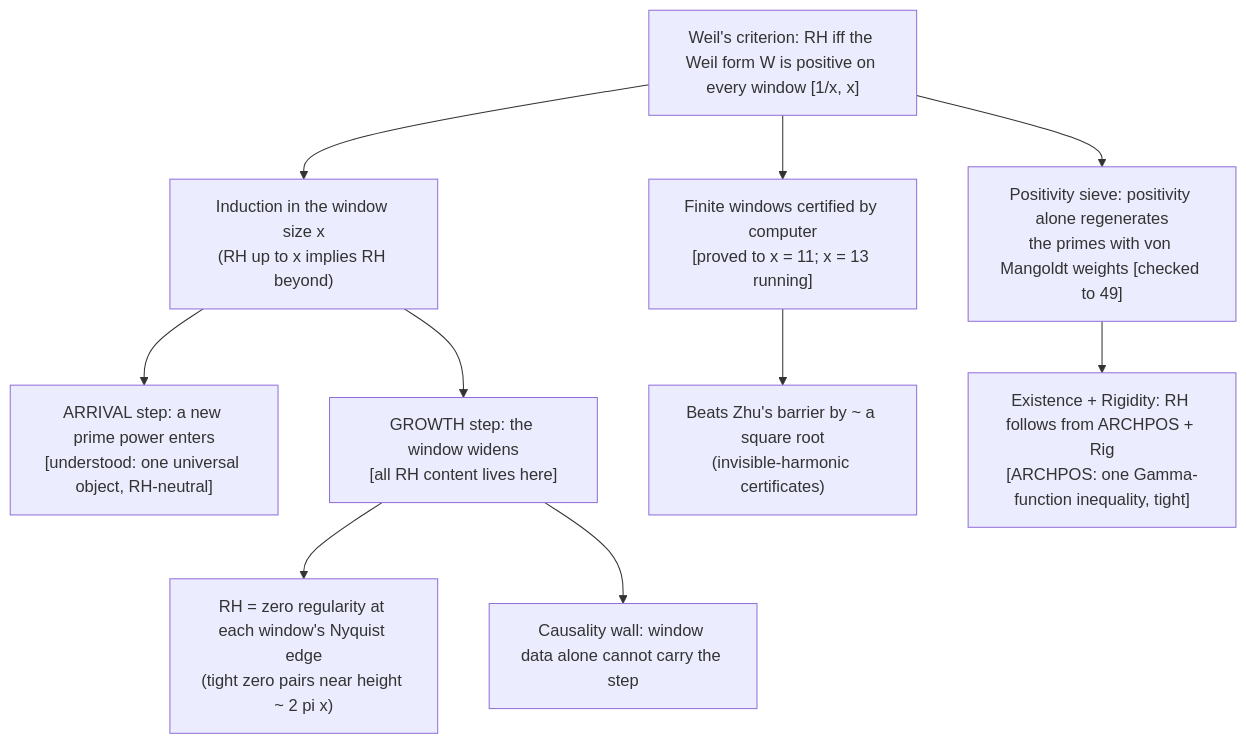
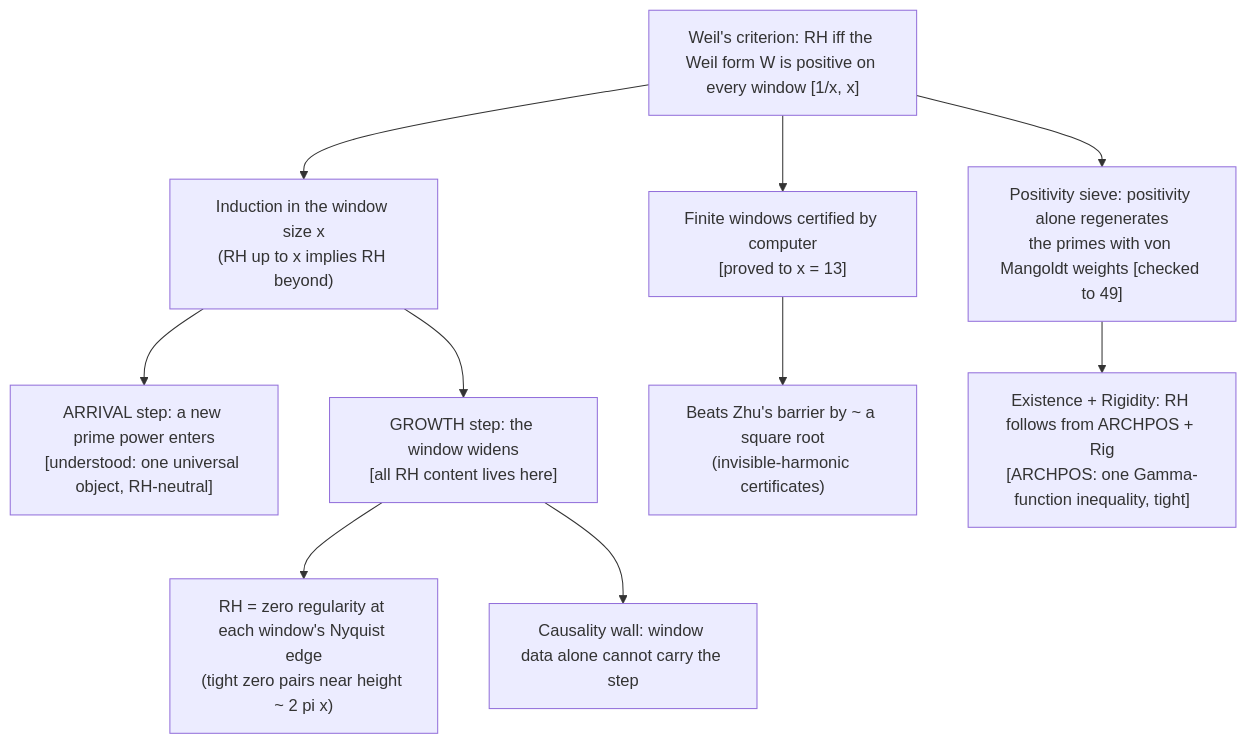
Before and after one commit to LmeowLaunchpad/rh-open-map: the diagram in README.md, drawn with Mermaid. The commit also changed other lines of this file and 6 other files, not shown here.

````diff
--- a/README.md
+++ b/README.md
@@ -15,12 +15,12 @@
 ```mermaid
 flowchart TD
     W["Weil's criterion: RH iff the Weil form W is positive on every window [1/x, x]"] --> IND["Induction in the window size x<br/>(RH up to x implies RH beyond)"]
     IND --> ARR["ARRIVAL step: a new prime power enters<br/>[understood: one universal object, RH-neutral]"]
     IND --> GRO["GROWTH step: the window widens<br/>[all RH content lives here]"]
-    W --> CERT["Finite windows certified by computer<br/>[proved to x = 11; x = 13 running]"]
+    W --> CERT["Finite windows certified by computer<br/>[proved to x = 13]"]
     CERT --> ZHU["Beats Zhu's barrier by ~ a square root<br/>(invisible-harmonic certificates)"]
     W --> SIEVE["Positivity sieve: positivity alone regenerates<br/>the primes with von Mangoldt weights [checked to 49]"]
     SIEVE --> RIG["Existence + Rigidity: RH follows from ARCHPOS + Rig<br/>[ARCHPOS: one Gamma-function inequality, tight]"]
     GRO --> EDGE["RH = zero regularity at each window's Nyquist edge<br/>(tight zero pairs near height ~ 2 pi x)"]
     GRO --> CAUS["Causality wall: window data alone cannot carry the step"]
 ```
````
